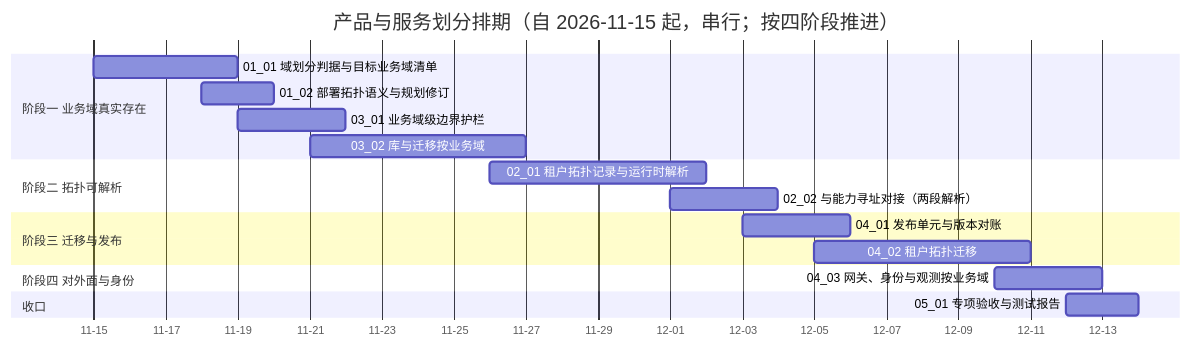
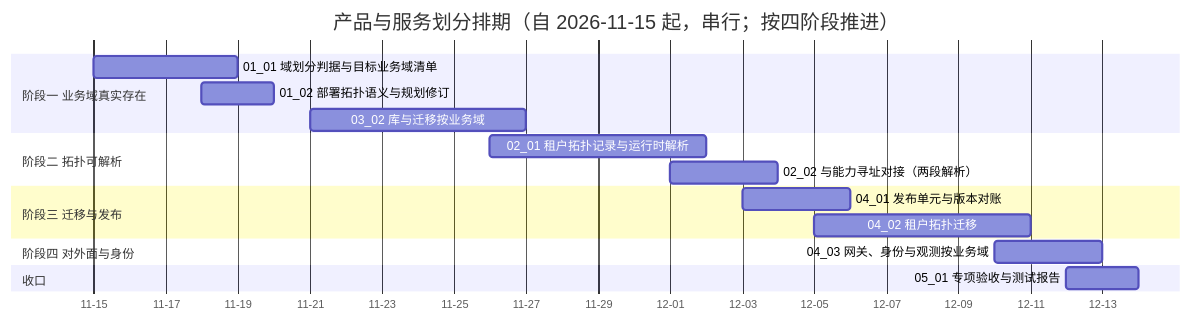
One commit to minjian123/basic-management-system changed the diagram in bms文档/项目/07C_产品与服务划分/计划/01_计划_产品与服务划分.md. Above: the diagram before and after it, drawn with Mermaid. The commit also changed other lines of this file and 9 other files, not shown here.

````diff
--- a/bms文档/项目/07C_产品与服务划分/计划/01_计划_产品与服务划分.md
+++ b/bms文档/项目/07C_产品与服务划分/计划/01_计划_产品与服务划分.md
@@ -46,21 +45,20 @@
 ```mermaid
 gantt
     title 产品与服务划分排期（自 2026-11-15 起，串行；按四阶段推进）
     dateFormat  YYYY-MM-DD
     axisFormat %m-%d
     section 阶段一 业务域真实存在
     01_01 域划分判据与目标业务域清单 :c0101, 2026-11-15, 4d
     01_02 部署拓扑语义与规划修订 :c0102, 2026-11-18, 2d
-    03_01 业务域级边界护栏 :c0301, 2026-11-19, 3d
     03_02 库与迁移按业务域 :c0302, 2026-11-21, 6d
     section 阶段二 拓扑可解析
     02_01 租户拓扑记录与运行时解析 :c0201, 2026-11-26, 6d
     02_02 与能力寻址对接（两段解析） :c0202, 2026-12-01, 3d
     section 阶段三 迁移与发布
     04_01 发布单元与版本对账 :c0401, 2026-12-03, 3d
     04_02 租户拓扑迁移 :c0402, 2026-12-05, 6d
     section 阶段四 对外面与身份
     04_03 网关、身份与观测按业务域 :c0403, 2026-12-10, 3d
     section 收口
     05_01 专项验收与测试报告 :c0501, 2026-12-12, 2d
 ```
````
